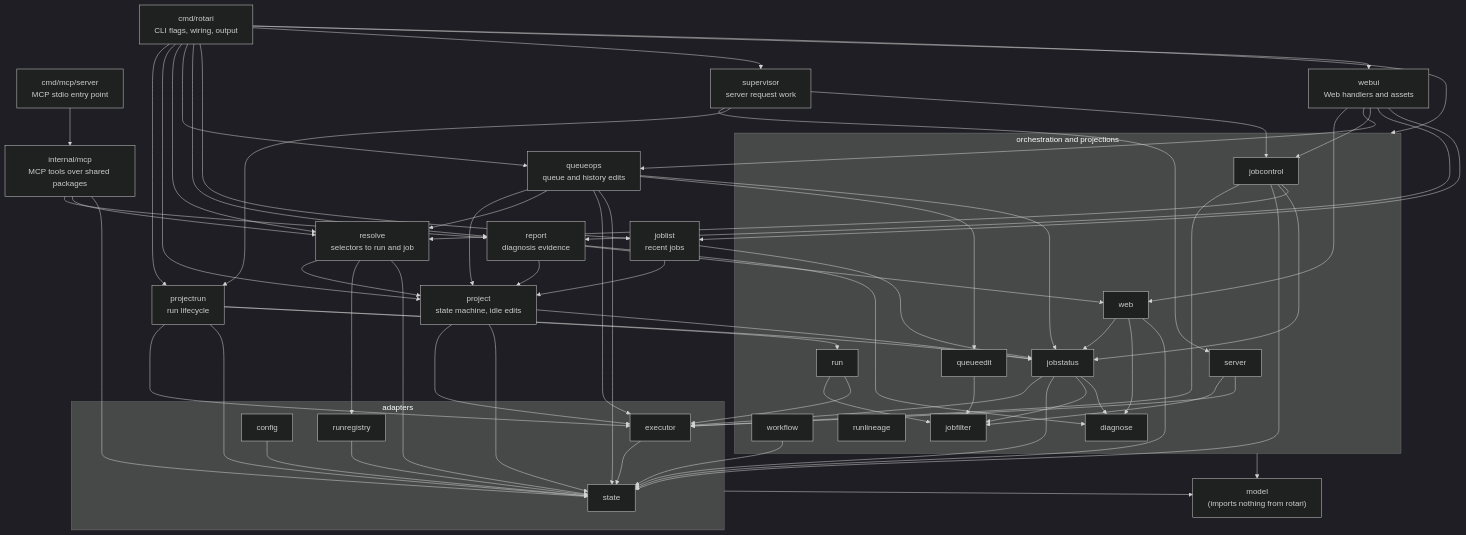
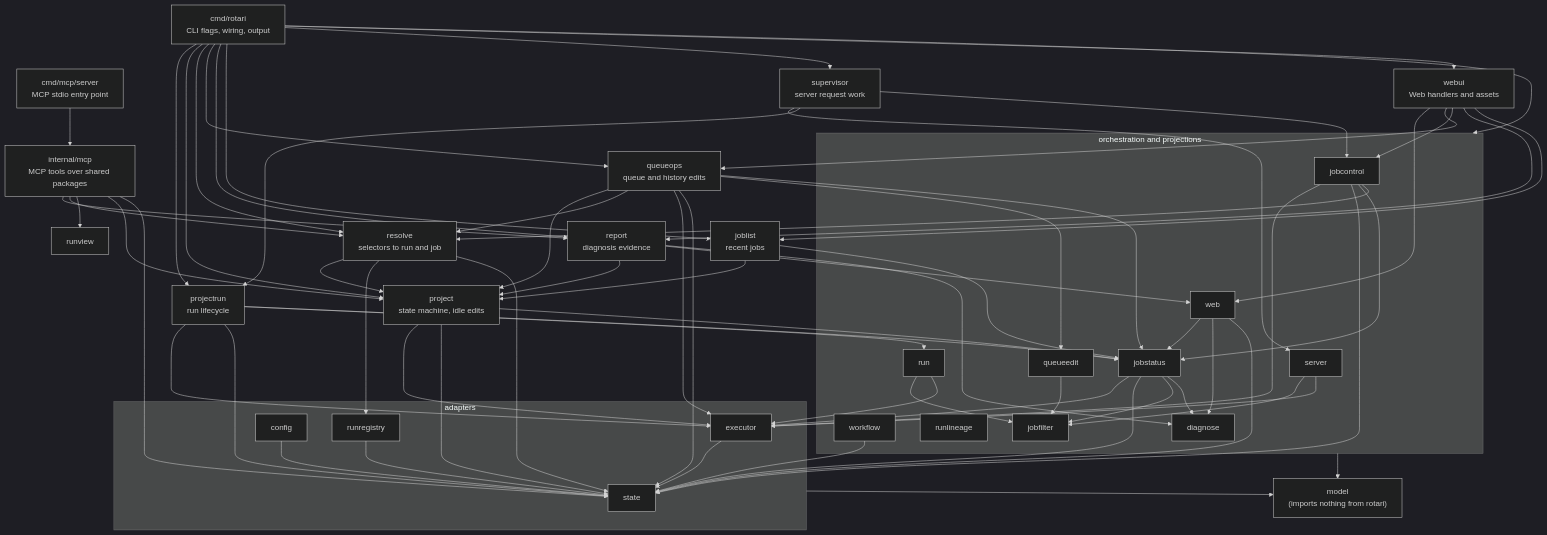
Before and after one commit to kamo-naoyuki/rotari: the second of 2 diagrams in docs/ARCHITECTURE.md, drawn with Mermaid (dark theme). The commit also changed other lines of this file and 6 other files, not shown here.

```diff
--- a/docs/ARCHITECTURE.md
+++ b/docs/ARCHITECTURE.md
@@ -151,6 +151,8 @@
    mcpserver --> mcpadapter
    mcpadapter --> report
    mcpadapter --> resolve
+   mcpadapter --> runview
+   mcpadapter --> project
    mcpadapter --> state
   report --> web
   report --> project
```
